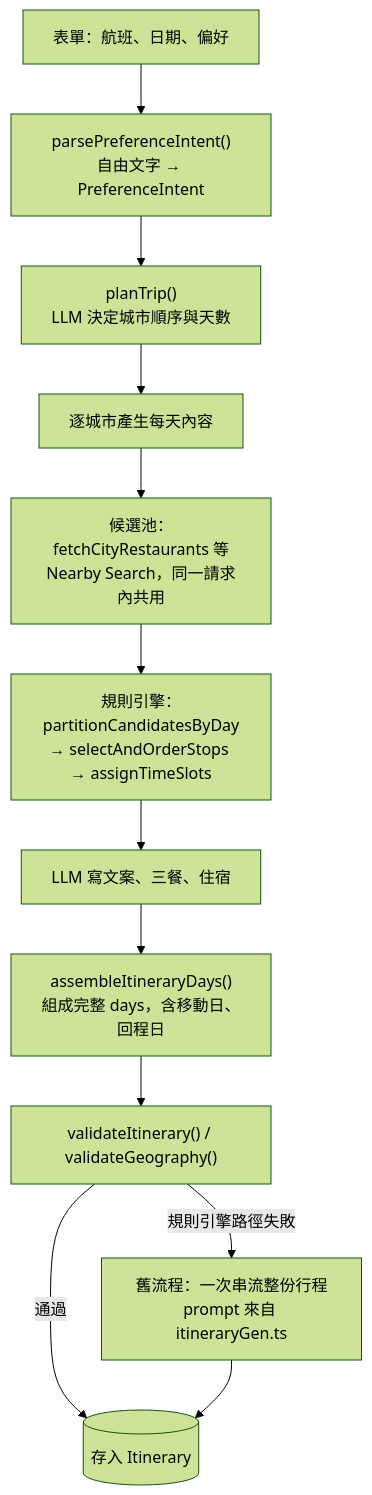
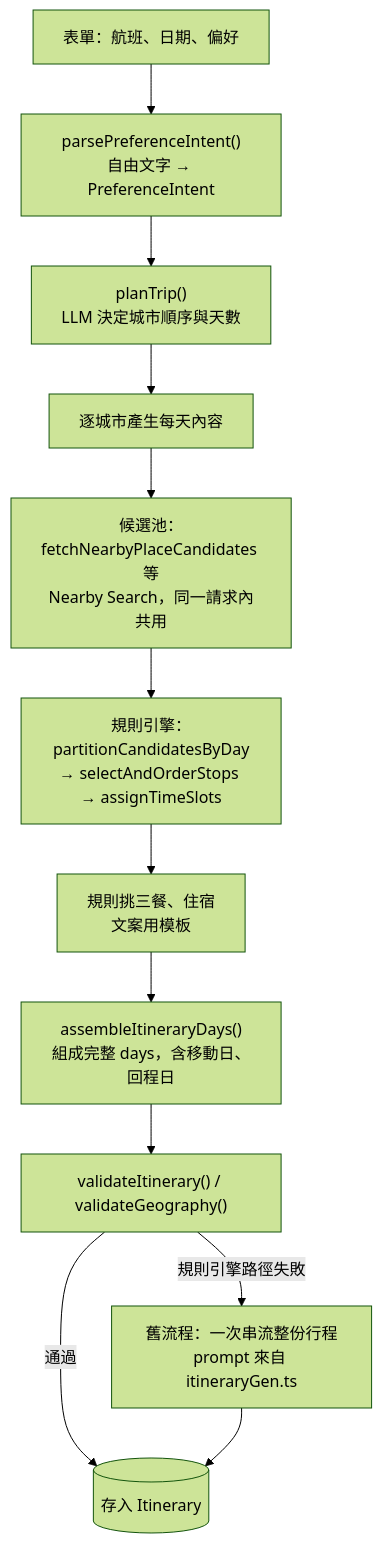
Before and after one commit to wanyiyeh/ai-travel-agent: the second of 2 diagrams in docs/architecture.md, drawn with Mermaid (forest theme). The commit also changed other lines of this file and 4 other files, not shown here.

````diff
--- a/docs/architecture.md
+++ b/docs/architecture.md
@@ -28,14 +28,14 @@
 ```mermaid
 flowchart TD
   A[表單：航班、日期、偏好] --> B["parsePreferenceIntent()<br/>自由文字 → PreferenceIntent"]
   B --> C["planTrip()<br/>LLM 決定城市順序與天數"]
   C --> D[逐城市產生每天內容]
-  D --> D1[候選池：fetchCityRestaurants 等<br/>Nearby Search，同一請求內共用]
+  D --> D1[候選池：fetchNearbyPlaceCandidates 等<br/>Nearby Search，同一請求內共用]
   D1 --> D2["規則引擎：partitionCandidatesByDay<br/>→ selectAndOrderStops → assignTimeSlots"]
-  D2 --> D3[LLM 寫文案、三餐、住宿]
+  D2 --> D3[規則挑三餐、住宿<br/>文案用模板]
   D3 --> E["assembleItineraryDays()<br/>組成完整 days，含移動日、回程日"]
   E --> F["validateItinerary() / validateGeography()"]
   F -->|通過| G[(存入 Itinerary)]
   F -->|規則引擎路徑失敗| H["舊流程：一次串流整份行程<br/>prompt 來自 itineraryGen.ts"]
   H --> G
 ```
````
